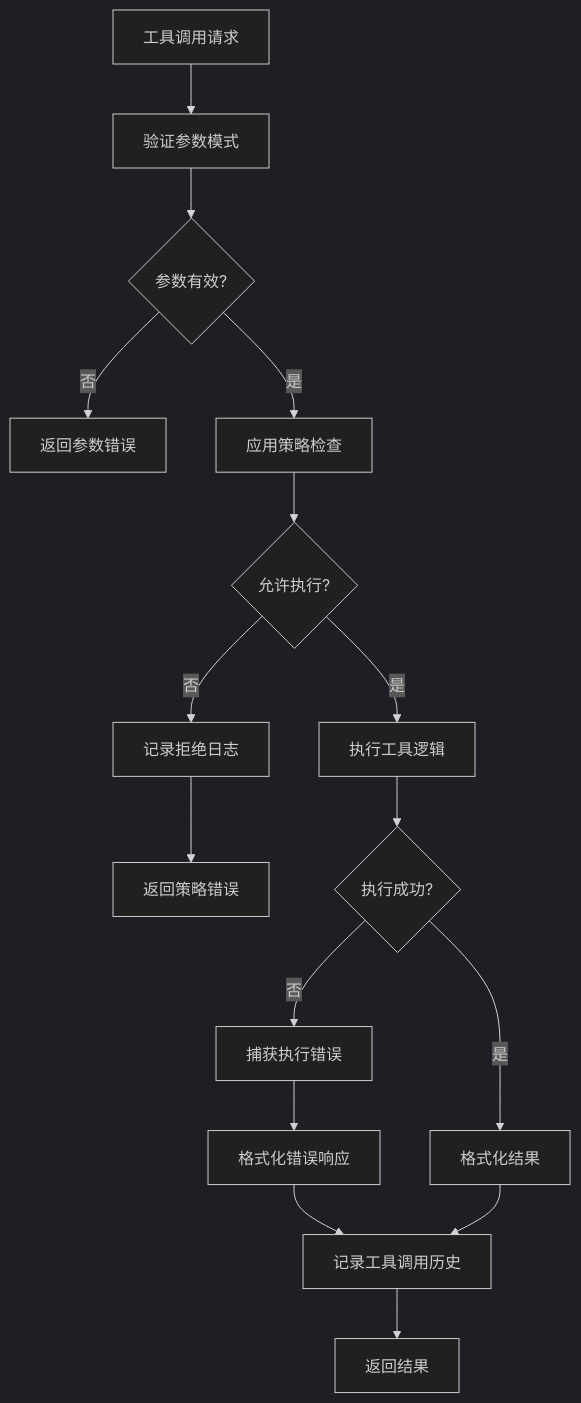
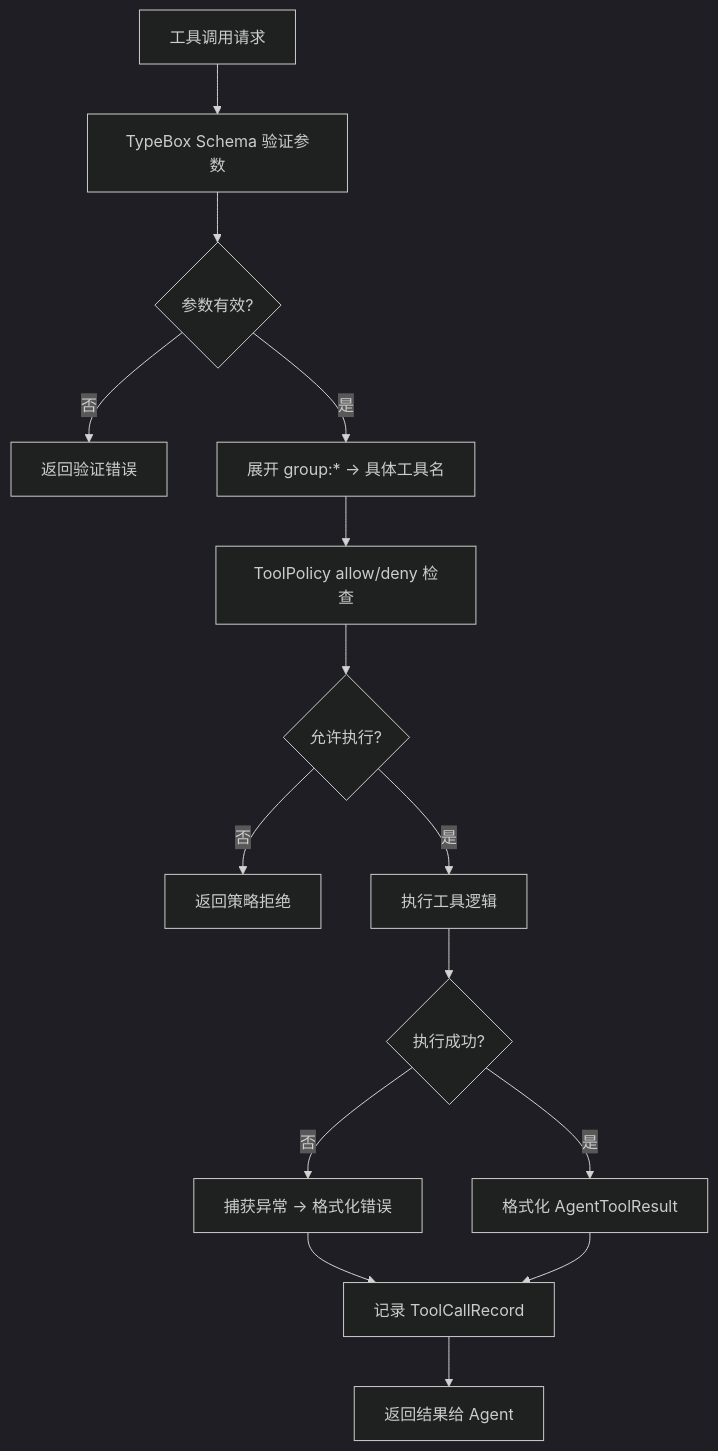
Before and after one commit to caicongyang/bloger: the eighth of 26 diagrams in openclaw/DATA_STRUCTURES.md, drawn with Mermaid (dark theme). The commit also changed other lines of this file and 13 other files, not shown here.

````diff
--- a/openclaw/DATA_STRUCTURES.md
+++ b/openclaw/DATA_STRUCTURES.md
@@ -316,21 +397,17 @@
 ```mermaid
 flowchart TD
-    A[工具调用请求] --> B[验证参数模式]
+    A[工具调用请求] --> B[TypeBox Schema 验证参数]
     B --> C{参数有效?}
-    C -->|否| D[返回参数错误]
-    C -->|是| E[应用策略检查]
-    
-    E --> F{允许执行?}
-    F -->|否| G[记录拒绝日志]
-    G --> H[返回策略错误]
-    F -->|是| I[执行工具逻辑]
-    
+    C -->|否| D[返回验证错误]
+    C -->|是| E[展开 group:* → 具体工具名]
+    E --> F[ToolPolicy allow/deny 检查]
+    F --> G{允许执行?}
+    G -->|否| H[返回策略拒绝]
+    G -->|是| I[执行工具逻辑]
     I --> J{执行成功?}
-    J -->|否| K[捕获执行错误]
-    K --> L[格式化错误响应]
-    J -->|是| M[格式化结果]
-    
-    L --> N[记录工具调用历史]
-    M --> N
-    N --> O[返回结果]
+    J -->|否| K[捕获异常 → 格式化错误]
+    J -->|是| L[格式化 AgentToolResult]
+    K --> M[记录 ToolCallRecord]
+    L --> M
+    M --> N[返回结果给 Agent]
 ```
````
